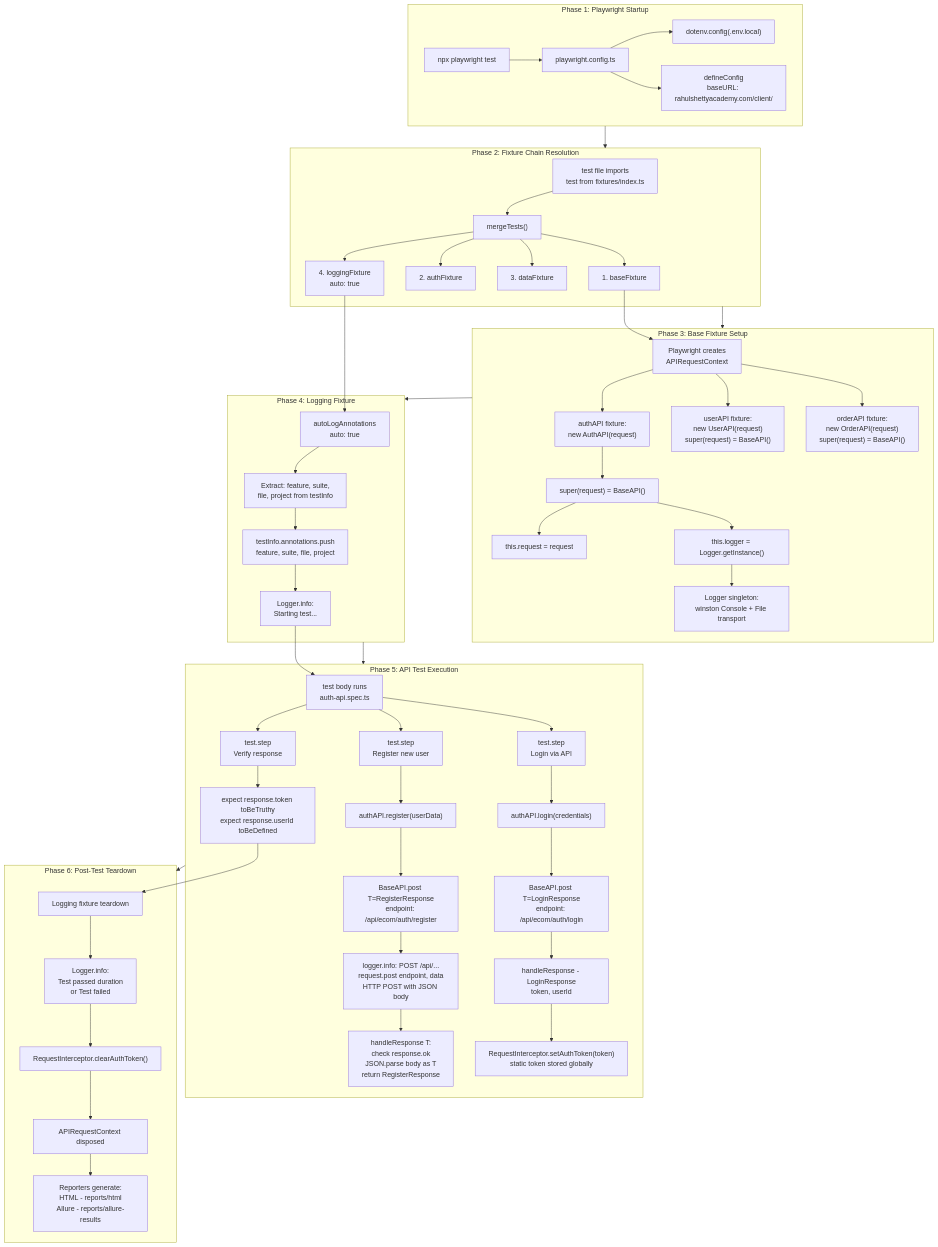
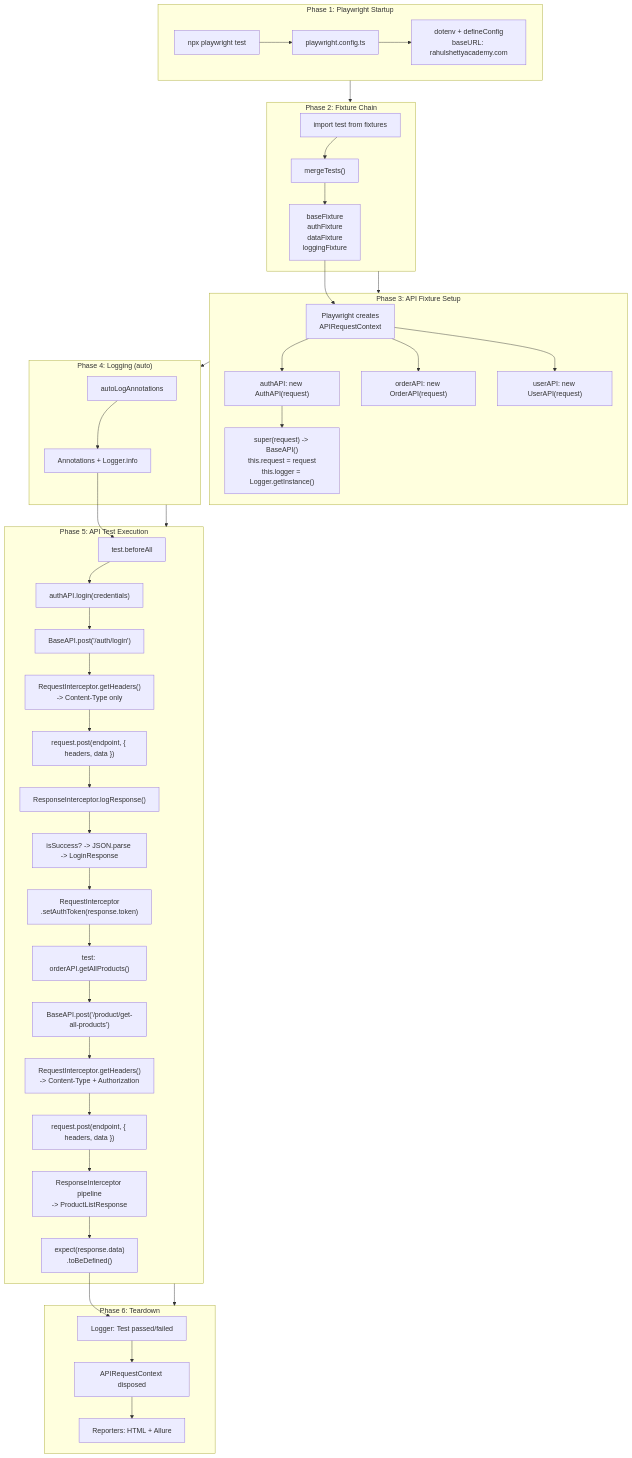
The fifth of 11 diagrams in playwright-framework/Framework-Architecture.md (MahmoudSDET/Playwright-UI-API), drawn with Mermaid before and after one commit. The commit also changed other lines of this file and 9 other files, not shown here.

Commit message:
insert request Interceptor and response interceptor

````diff
--- a/playwright-framework/Framework-Architecture.md
+++ b/playwright-framework/Framework-Architecture.md
@@ -364,64 +368,50 @@
 ```mermaid
 flowchart TB
-    subgraph PHASE1["Phase 1: Playwright Startup"]
+    subgraph P1["Phase 1: Playwright Startup"]
         A["npx playwright test"] --> B["playwright.config.ts"]
-        B --> B1["dotenv.config(.env.local)"]
-        B --> B2["defineConfig\nbaseURL: rahulshettyacademy.com/client/"]
+        B --> B1["dotenv + defineConfig\nbaseURL: rahulshettyacademy.com"]
     end
 
-    subgraph PHASE2["Phase 2: Fixture Chain Resolution"]
-        C["test file imports\ntest from fixtures/index.ts"] --> D["mergeTests()"]
-        D --> D1["1. baseFixture"]
-        D --> D2["2. authFixture"]
-        D --> D3["3. dataFixture"]
-        D --> D4["4. loggingFixture\nauto: true"]
+    subgraph P2["Phase 2: Fixture Chain"]
+        C["import test from fixtures"] --> D["mergeTests()"]
+        D --> D1["baseFixture\nauthFixture\ndataFixture\nloggingFixture"]
     end
 
-    subgraph PHASE3["Phase 3: Base Fixture Setup"]
+    subgraph P3["Phase 3: API Fixture Setup"]
         D1 --> E["Playwright creates\nAPIRequestContext"]
-        E --> F["authAPI fixture:\nnew AuthAPI(request)"]
-        F --> F1["super(request) = BaseAPI()"]
-        F1 --> F2["this.request = request"]
-        F1 --> F3["this.logger = Logger.getInstance()"]
-        F3 --> F4["Logger singleton:\nwinston Console + File transport"]
-        E --> G["userAPI fixture:\nnew UserAPI(request)\nsuper(request) = BaseAPI()"]
-        E --> H["orderAPI fixture:\nnew OrderAPI(request)\nsuper(request) = BaseAPI()"]
+        E --> F["authAPI: new AuthAPI(request)"]
+        F --> F1["super(request) -> BaseAPI()\nthis.request = request\nthis.logger = Logger.getInstance()"]
+        E --> G["orderAPI: new OrderAPI(request)"]
+        E --> H["userAPI: new UserAPI(request)"]
     end
 
-    subgraph PHASE4["Phase 4: Logging Fixture"]
-        D4 --> I["autoLogAnnotations\nauto: true"]
-        I --> I1["Extract: feature, suite,\nfile, project from testInfo"]
-        I1 --> I2["testInfo.annotations.push\nfeature, suite, file, project"]
-        I2 --> I3["Logger.info:\nStarting test..."]
+    subgraph P4["Phase 4: Logging (auto)"]
+        I["autoLogAnnotations"] --> I1["Annotations + Logger.info"]
     end
 
-    subgraph PHASE5["Phase 5: API Test Execution"]
-        I3 --> J["test body runs\nauth-api.spec.ts"]
-        J --> K["test.step\nRegister new user"]
-        K --> K1["authAPI.register(userData)"]
-        K1 --> K2["BaseAPI.post T=RegisterResponse\nendpoint: /api/ecom/auth/register"]
-        K2 --> K3["logger.info: POST /api/...\nrequest.post endpoint, data\nHTTP POST with JSON body"]
-        K3 --> K4["handleResponse T:\ncheck response.ok\nJSON.parse body as T\nreturn RegisterResponse"]
-        J --> L["test.step\nLogin via API"]
-        L --> L1["authAPI.login(credentials)"]
-        L1 --> L2["BaseAPI.post T=LoginResponse\nendpoint: /api/ecom/auth/login"]
-        L2 --> L3["handleResponse - LoginResponse\ntoken, userId"]
-        L3 --> L4["RequestInterceptor.setAuthToken(token)\nstatic token stored globally"]
-        J --> M["test.step\nVerify response"]
-        M --> M1["expect response.token toBeTruthy\nexpect response.userId toBeDefined"]
+    subgraph P5["Phase 5: API Test Execution"]
+        I1 --> J["test.beforeAll"]
+        J --> J1["authAPI.login(credentials)"]
+        J1 --> J2["BaseAPI.post('/auth/login')"]
+        J2 --> J3["RequestInterceptor.getHeaders()\n-> Content-Type only"]
+        J3 --> J4["request.post(endpoint, { headers, data })"]
+        J4 --> J5["ResponseInterceptor.logResponse()"]
+        J5 --> J6["isSuccess? -> JSON.parse -> LoginResponse"]
+        J6 --> J7["RequestInterceptor\n.setAuthToken(response.token)"]
+
+        J7 --> K["test: orderAPI.getAllProducts()"]
+        K --> K1["BaseAPI.post('/product/get-all-products')"]
+        K1 --> K2["RequestInterceptor.getHeaders()\n-> Content-Type + Authorization"]
+        K2 --> K3["request.post(endpoint, { headers, data })"]
+        K3 --> K4["ResponseInterceptor pipeline\n-> ProductListResponse"]
+        K4 --> K5["expect(response.data)\n.toBeDefined()"]
     end
 
-    subgraph PHASE6["Phase 6: Post-Test Teardown"]
-        M1 --> N["Logging fixture teardown"]
-        N --> N1["Logger.info:\nTest passed duration\nor Test failed"]
-        N1 --> O["RequestInterceptor.clearAuthToken()"]
-        O --> P["APIRequestContext disposed"]
-        P --> Q["Reporters generate:\nHTML - reports/html\nAllure - reports/allure-results"]
+    subgraph P6["Phase 6: Teardown"]
+        K5 --> N["Logger: Test passed/failed"]
+        N --> O["APIRequestContext disposed"]
+        O --> Q["Reporters: HTML + Allure"]
     end
 
-    PHASE1 --> PHASE2
-    PHASE2 --> PHASE3
-    PHASE3 --> PHASE4
-    PHASE4 --> PHASE5
-    PHASE5 --> PHASE6
+    P1 --> P2 --> P3 --> P4 --> P5 --> P6
 ```
````
